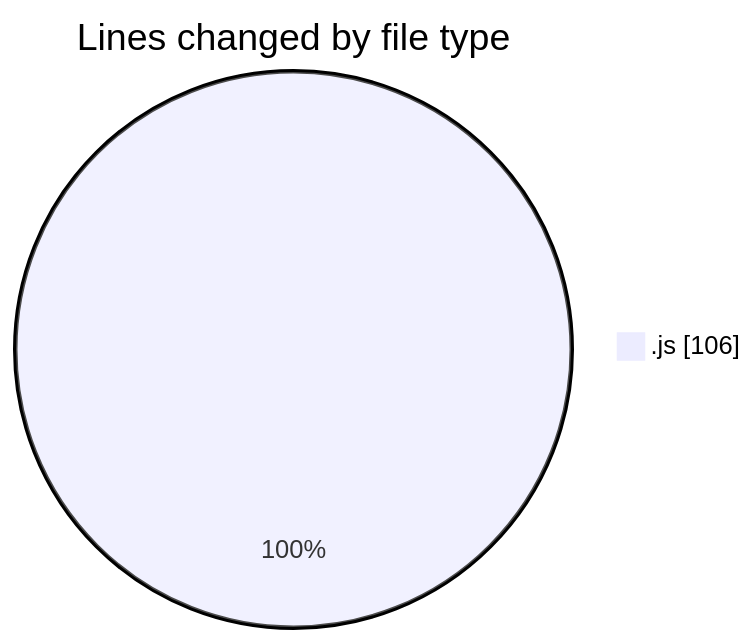
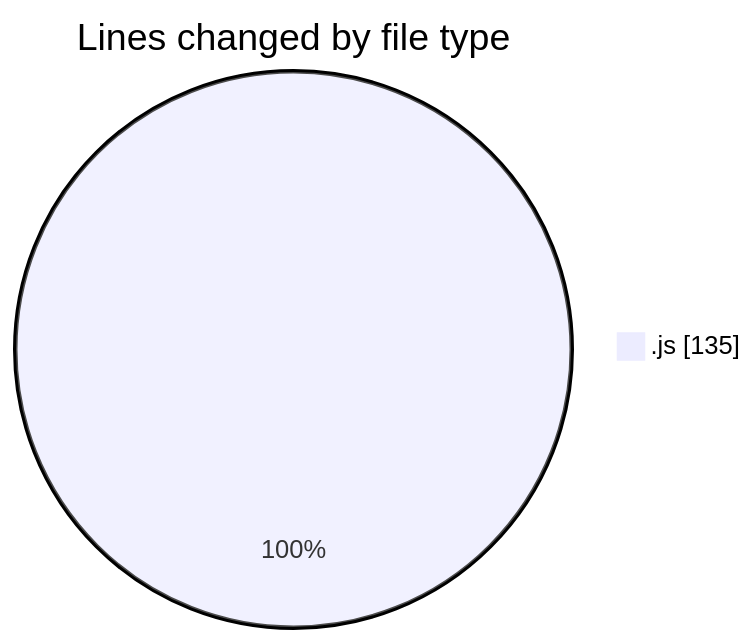
The first of 2 diagrams in 2025-09-10/cashcalculator/README.md (nxtqubesakshisongat/code-tracking), drawn with Mermaid before and after one commit. The commit also changed other lines of this file and 1 other file, not shown here.

````diff
--- a/2025-09-10/cashcalculator/README.md
+++ b/2025-09-10/cashcalculator/README.md
@@ -20,5 +21,5 @@
 ```mermaid
 pie showData
 title Lines changed by file type
-".js" : 106
+".js" : 135
 ```
````
